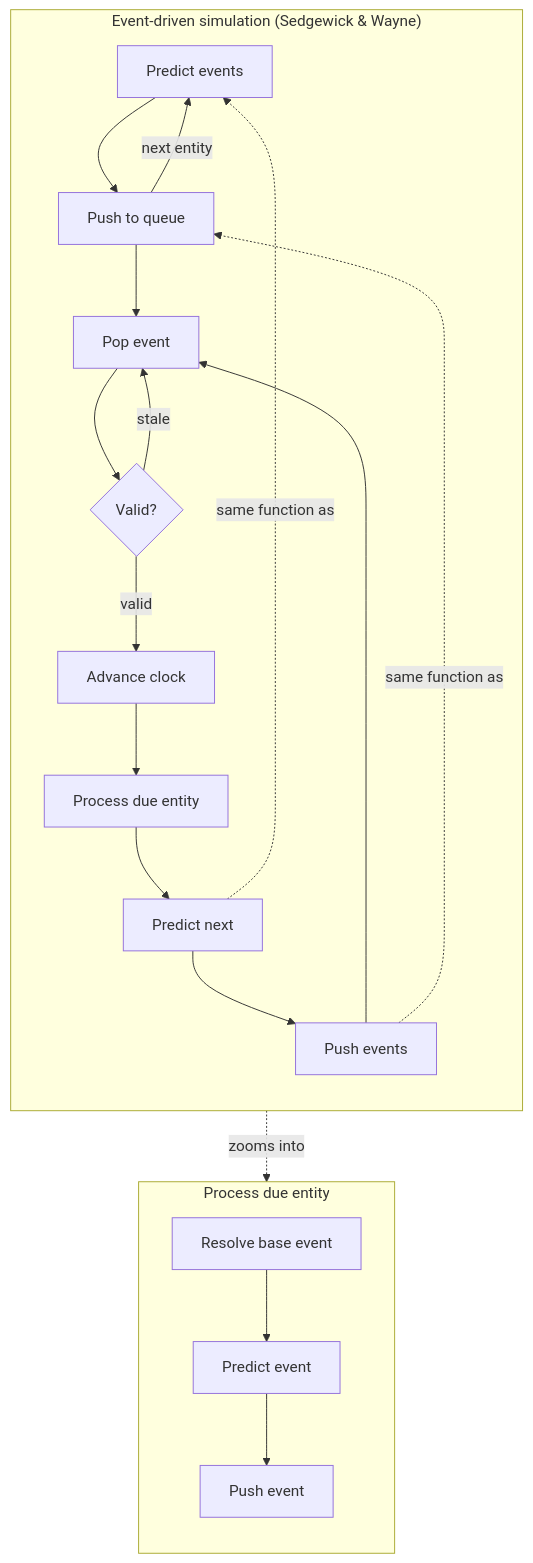
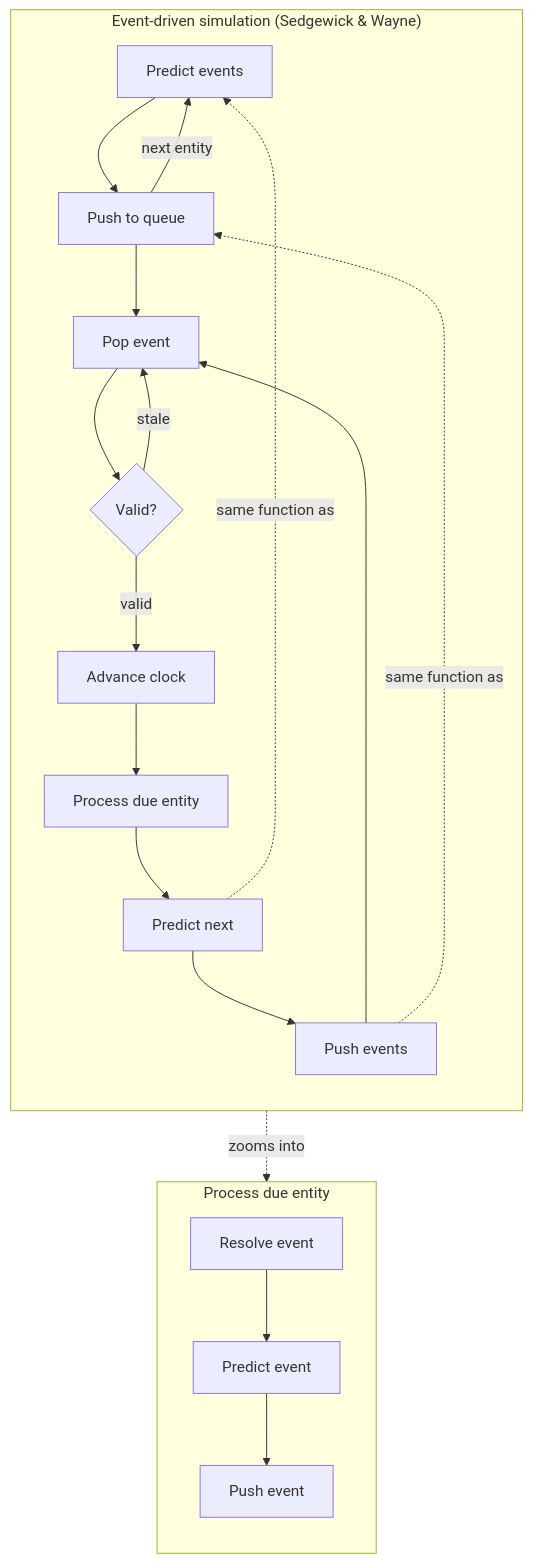
Before and after one commit to zhafen/story-simulator: the second of 2 diagrams in docs/architecture.md, drawn with Mermaid. The commit also changed other lines of this file and 7 other files, not shown here.

````diff
--- a/docs/architecture.md
+++ b/docs/architecture.md
@@ -86,25 +86,25 @@
 ```mermaid
 flowchart TD
     subgraph Turn["Process due entity"]
         direction TB
-        RBE[Resolve base event] --> PRED2[Predict event] --> PUSH2[Push event]
+        RBE[Resolve event] --> PRED2[Predict event] --> PUSH2[Push event]
     end
 
     subgraph Event["Event-driven simulation (Sedgewick & Wayne)"]
         direction TB
         I1[Predict events] --> I2[Push to queue]
         I2 -- next entity --> I1
         I2 --> L1[Pop event]
         L1 --> V{Valid?}
         V -- stale --> L1
         V -- valid --> ADV[Advance clock]
         ADV --> PROC[Process due entity]
         PROC --> PRED[Predict next]
         PRED --> PUSH[Push events]
         PUSH --> L1
     end
 
     PROC -. zooms into .-> Turn
     PRED -. same function as .-> I1
     PUSH -. same function as .-> I2
 ```
````
